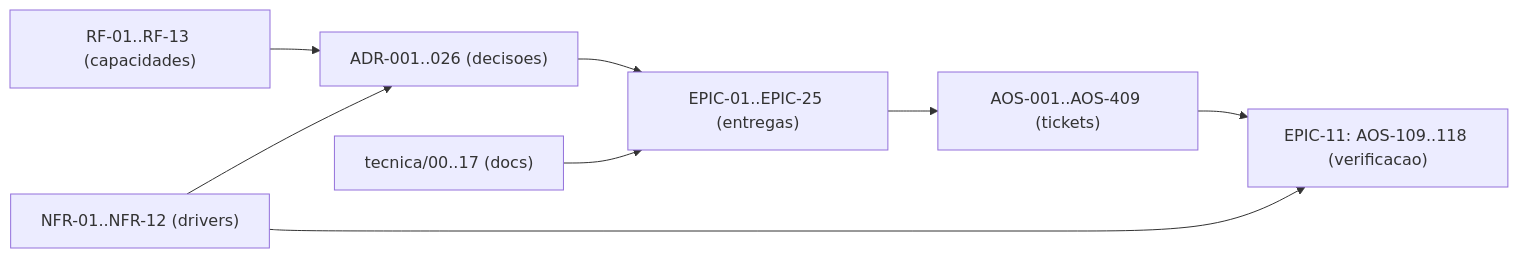
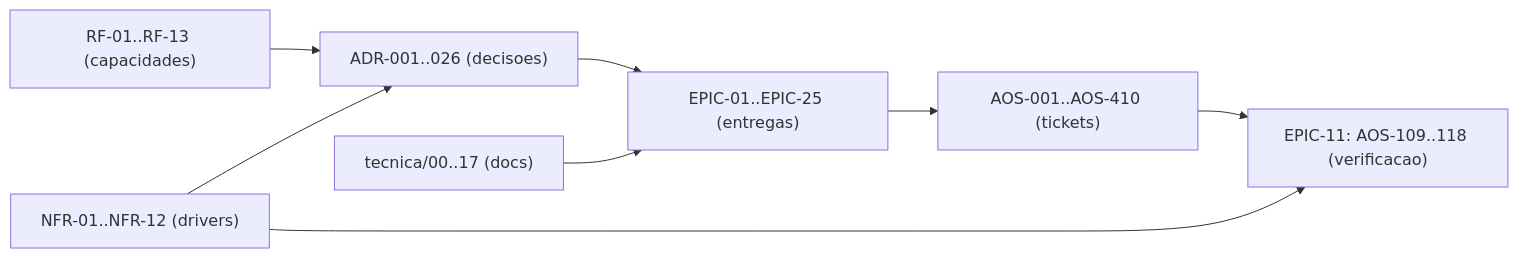
One commit to albinoJimy/aos changed the diagram in tecnica/16_Rastreabilidade_RTM.md. Above: the diagram before and after it, drawn with Mermaid. The commit also changed other lines of this file and 4 other files, not shown here.

````diff
--- a/tecnica/16_Rastreabilidade_RTM.md
+++ b/tecnica/16_Rastreabilidade_RTM.md
@@ -184,10 +184,10 @@
 ```mermaid
 flowchart LR
     RF["RF-01..RF-13 (capacidades)"] --> ADR["ADR-001..026 (decisoes)"]
     NFR["NFR-01..NFR-12 (drivers)"] --> ADR
     ADR --> EPIC["EPIC-01..EPIC-25 (entregas)"]
-    EPIC --> TICK["AOS-001..AOS-409 (tickets)"]
+    EPIC --> TICK["AOS-001..AOS-410 (tickets)"]
     DOC["tecnica/00..17 (docs)"] --> EPIC
     TICK --> TEST["EPIC-11: AOS-109..118 (verificacao)"]
     NFR --> TEST
 ```
````
